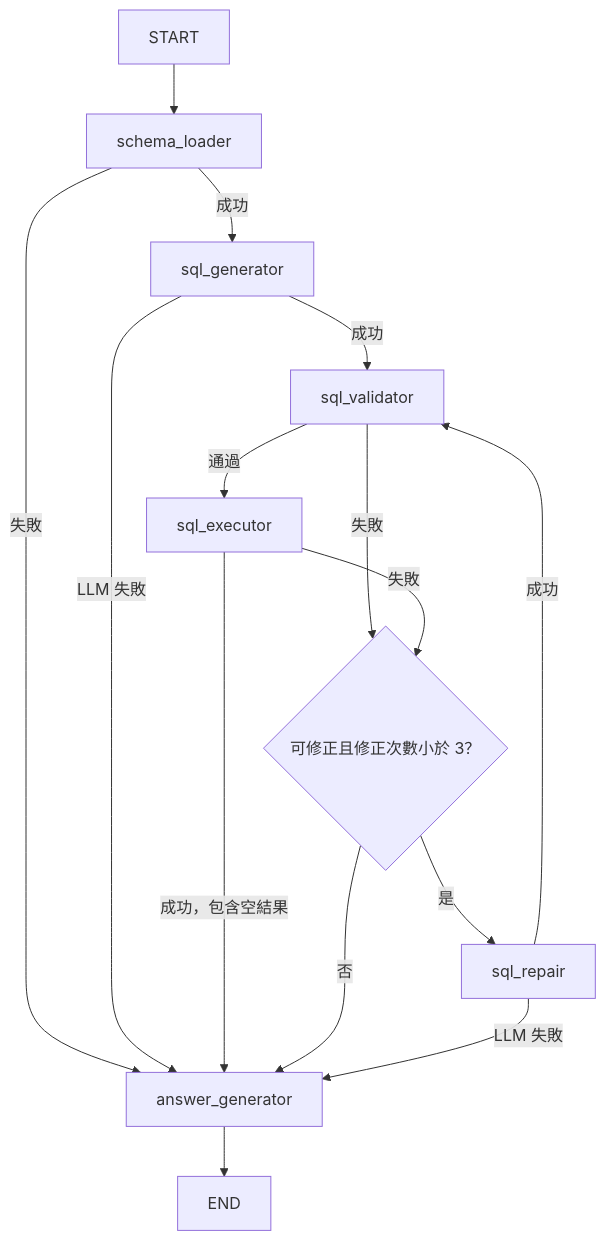
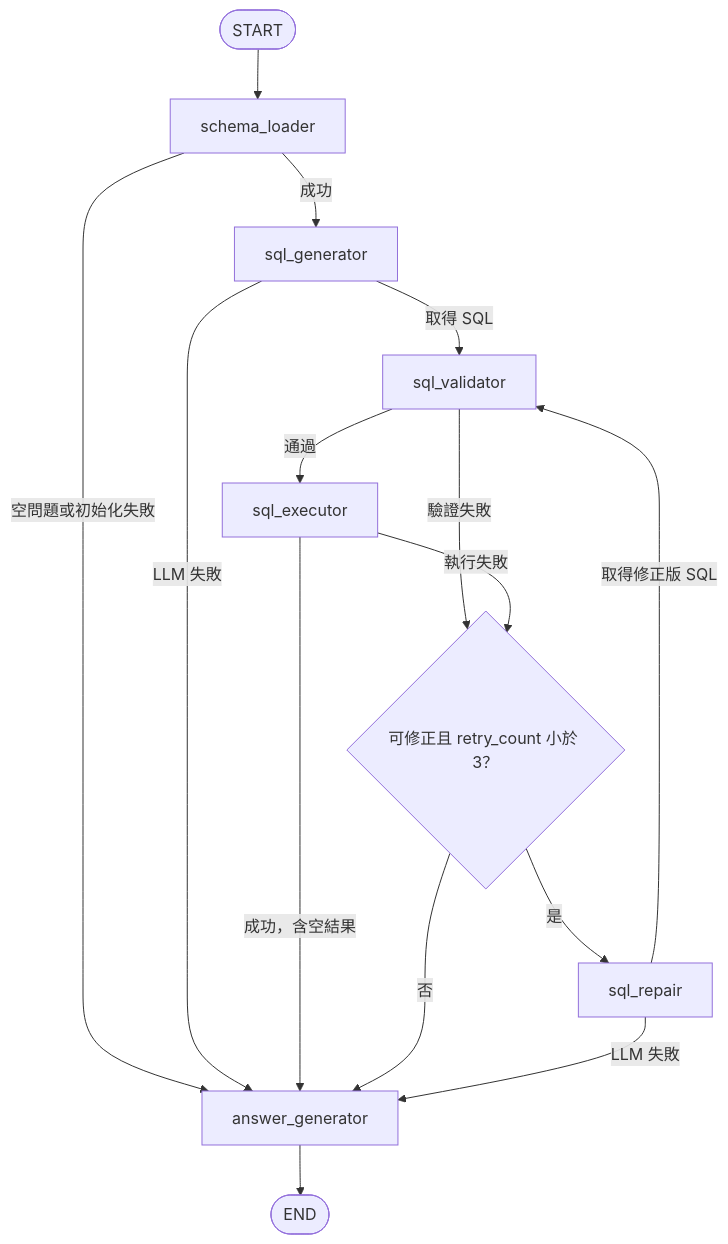
The diagram in text2sql/README.md (jonwang5150/Text_To_SQL_Agent), drawn with Mermaid before and after one commit. The commit also changed other lines of this file, not shown here.

````diff
--- a/text2sql/README.md
+++ b/text2sql/README.md
@@ -13,17 +277,17 @@
 ```mermaid
 flowchart TD
-    START --> schema_loader
+    start([START]) --> schema_loader
     schema_loader -->|成功| sql_generator
-    schema_loader -->|失敗| answer_generator
-    sql_generator -->|成功| sql_validator
+    schema_loader -->|空問題或初始化失敗| answer_generator
+    sql_generator -->|取得 SQL| sql_validator
     sql_generator -->|LLM 失敗| answer_generator
     sql_validator -->|通過| sql_executor
-    sql_validator -->|失敗| route{可修正且修正次數小於 3？}
-    sql_executor -->|成功，包含空結果| answer_generator
-    sql_executor -->|失敗| route
-    route -->|是| sql_repair
-    route -->|否| answer_generator
-    sql_repair -->|成功| sql_validator
+    sql_validator -->|驗證失敗| repair_check{"可修正且 retry_count 小於 3？"}
+    sql_executor -->|成功，含空結果| answer_generator
+    sql_executor -->|執行失敗| repair_check
+    repair_check -->|是| sql_repair
+    repair_check -->|否| answer_generator
+    sql_repair -->|取得修正版 SQL| sql_validator
     sql_repair -->|LLM 失敗| answer_generator
-    answer_generator --> END
+    answer_generator --> finish([END])
 ```
````
